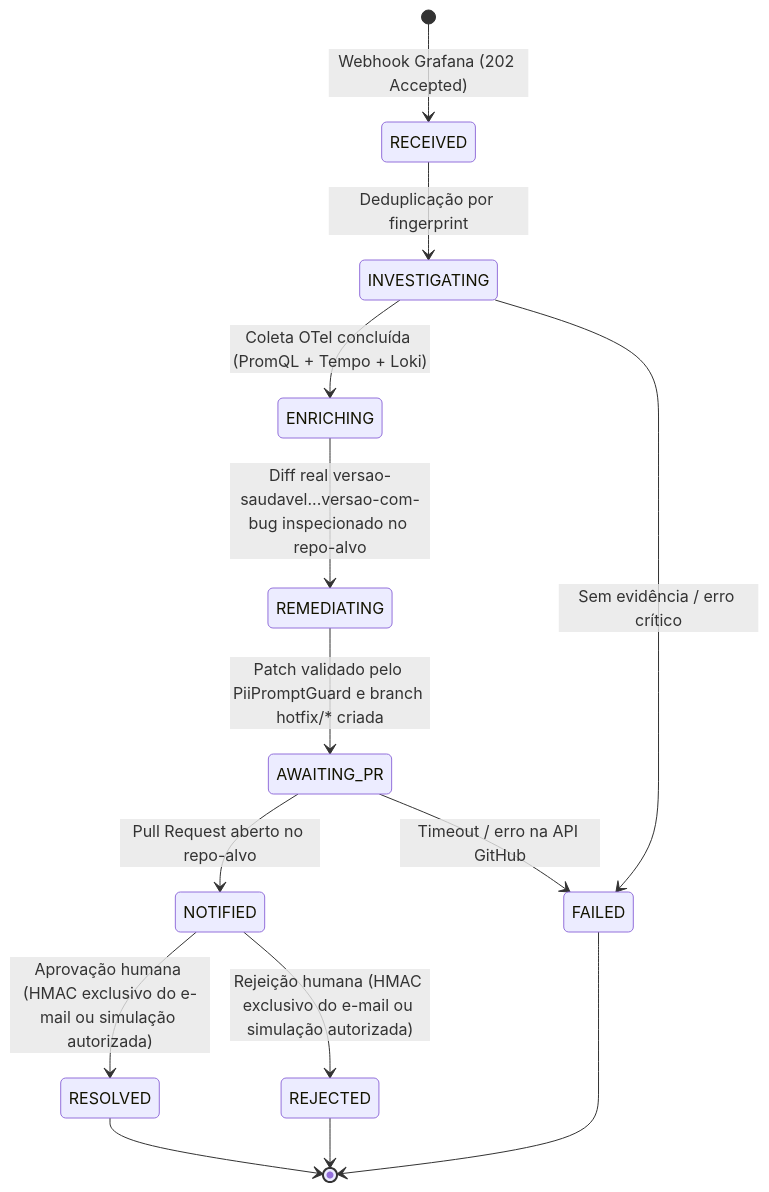
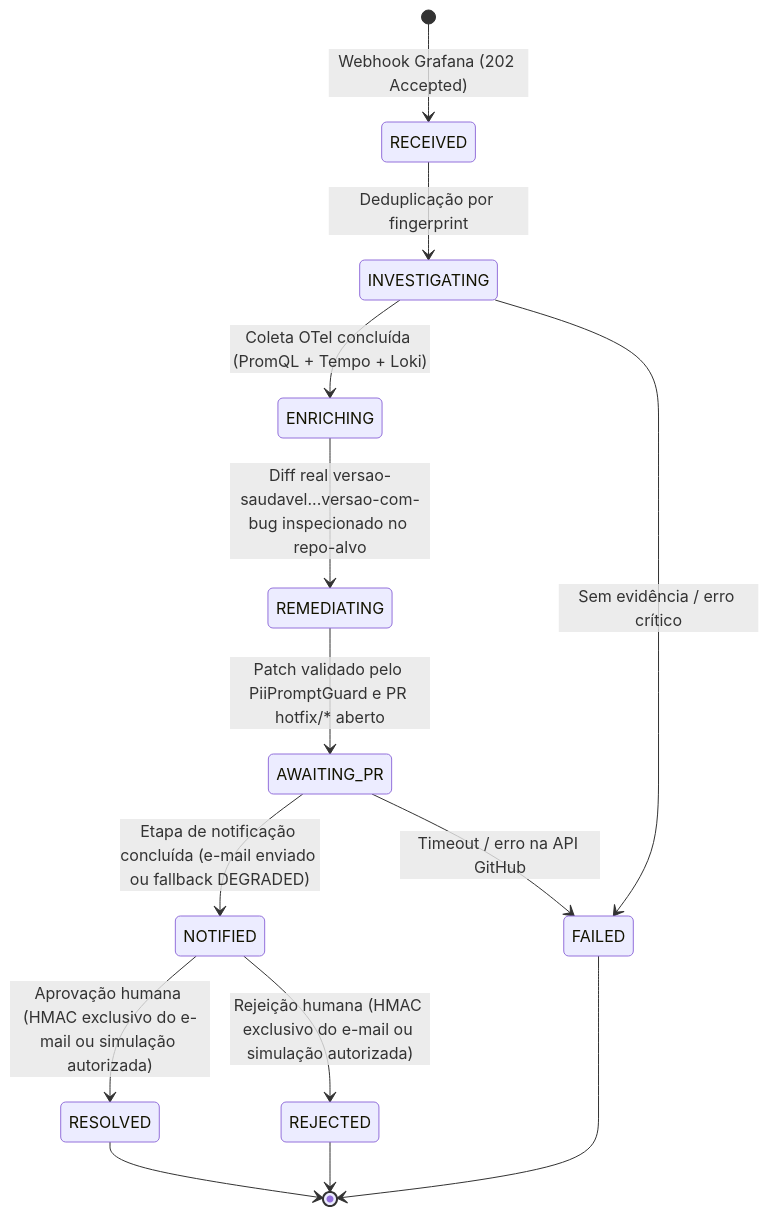
Before and after one commit to AdmilsonGoncalves/zeromttr: the second of 2 diagrams in apps/docs/manuals/architecture.md, drawn with Mermaid. The commit also changed other lines of this file and 30 other files, not shown here.

````diff
--- a/apps/docs/manuals/architecture.md
+++ b/apps/docs/manuals/architecture.md
@@ -59,17 +59,17 @@
 ```mermaid
 stateDiagram-v2
     direction TB
     [*] --> RECEIVED: Webhook Grafana (202 Accepted)
     RECEIVED --> INVESTIGATING: Deduplicação por fingerprint
     INVESTIGATING --> ENRICHING: Coleta OTel concluída (PromQL + Tempo + Loki)
     INVESTIGATING --> FAILED: Sem evidência / erro crítico
     ENRICHING --> REMEDIATING: Diff real versao-saudavel...versao-com-bug inspecionado no repo-alvo
-    REMEDIATING --> AWAITING_PR: Patch validado pelo PiiPromptGuard e branch hotfix/* criada
-    AWAITING_PR --> NOTIFIED: Pull Request aberto no repo-alvo
+    REMEDIATING --> AWAITING_PR: Patch validado pelo PiiPromptGuard e PR hotfix/* aberto
+    AWAITING_PR --> NOTIFIED: Etapa de notificação concluída (e-mail enviado ou fallback DEGRADED)
     AWAITING_PR --> FAILED: Timeout / erro na API GitHub
     NOTIFIED --> RESOLVED: Aprovação humana (HMAC exclusivo do e-mail ou simulação autorizada)
     NOTIFIED --> REJECTED: Rejeição humana (HMAC exclusivo do e-mail ou simulação autorizada)
     RESOLVED --> [*]
     REJECTED --> [*]
     FAILED --> [*]
 ```
````
